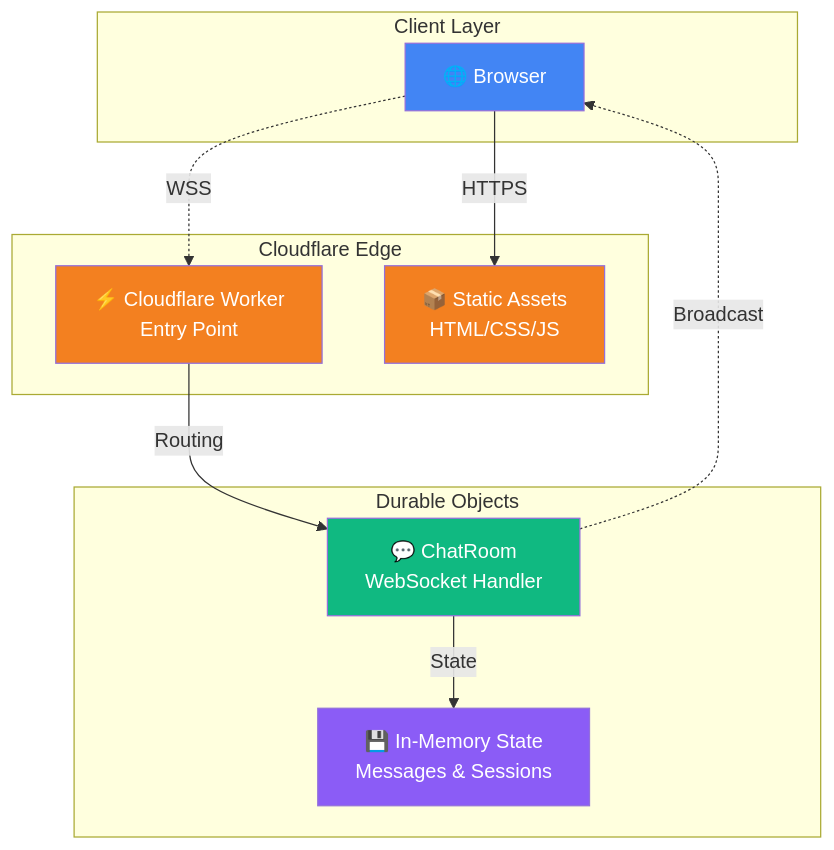
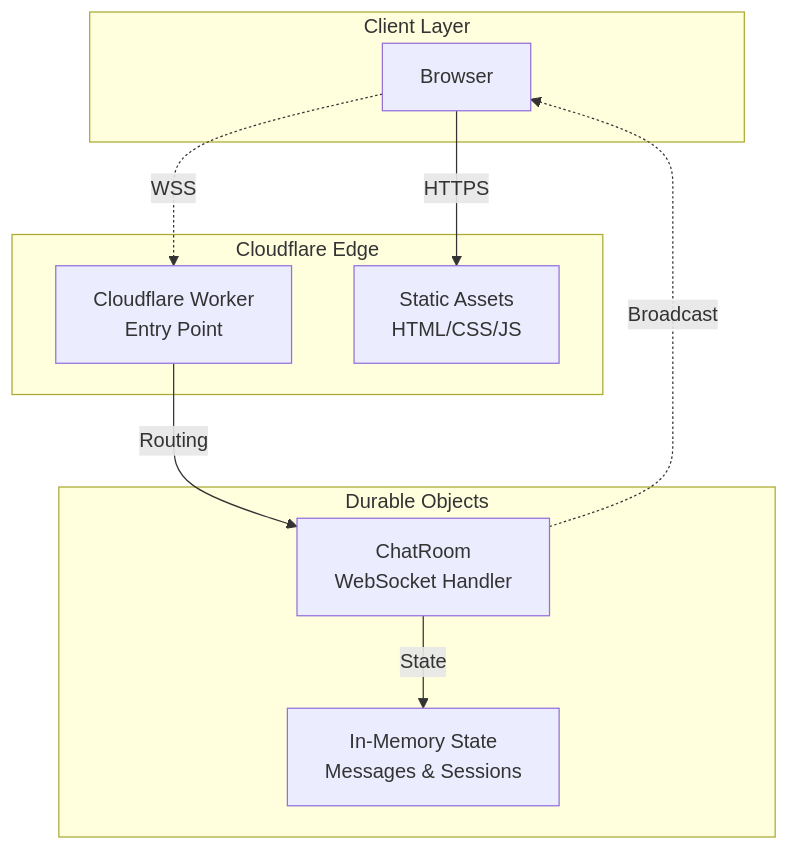
The diagram in README.md (gguatit/Anonymous_Chat), drawn with Mermaid before and after one commit. The commit also changed other lines of this file, not shown here.

````diff
--- a/README.md
+++ b/README.md
@@ -106,28 +100,22 @@
 ```mermaid
 graph TB
     subgraph "Client Layer"
-        A[🌐 Browser]
+        A[Browser]
     end
     
     subgraph "Cloudflare Edge"
-        B[⚡ Cloudflare Worker<br/>Entry Point]
-        C[📦 Static Assets<br/>HTML/CSS/JS]
+        B[Cloudflare Worker<br/>Entry Point]
+        C[Static Assets<br/>HTML/CSS/JS]
     end
     
     subgraph "Durable Objects"
-        D[💬 ChatRoom<br/>WebSocket Handler]
-        E[💾 In-Memory State<br/>Messages & Sessions]
+        D[ChatRoom<br/>WebSocket Handler]
+        E[In-Memory State<br/>Messages & Sessions]
     end
     
     A -->|HTTPS| C
     A -.->|WSS| B
     B -->|Routing| D
     D -->|State| E
     D -.->|Broadcast| A
-    
-    style A fill:#4285F4,color:#fff
-    style B fill:#F38020,color:#fff
-    style C fill:#F38020,color:#fff
-    style D fill:#10B981,color:#fff
-    style E fill:#8B5CF6,color:#fff
 ```
````
